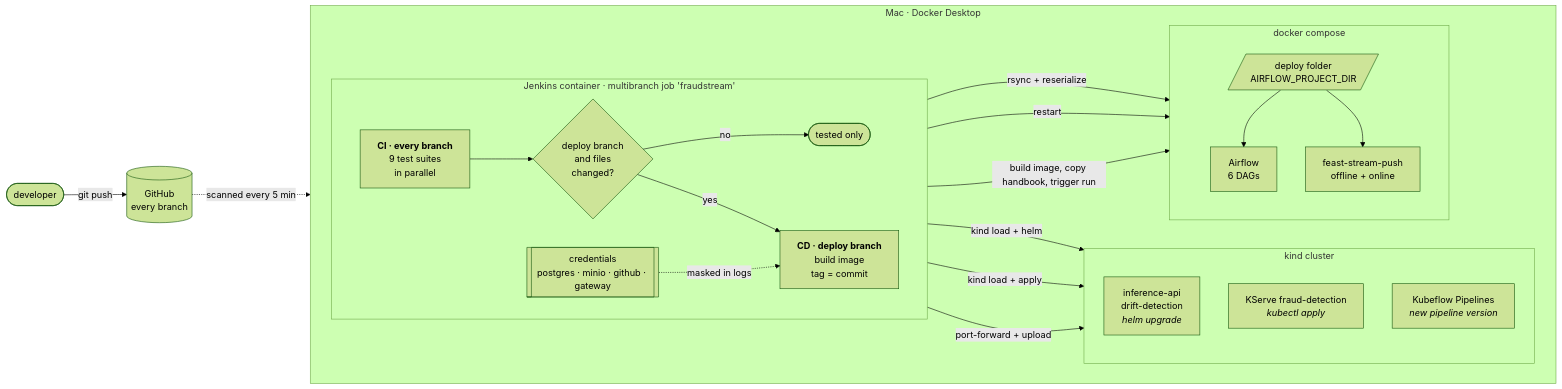
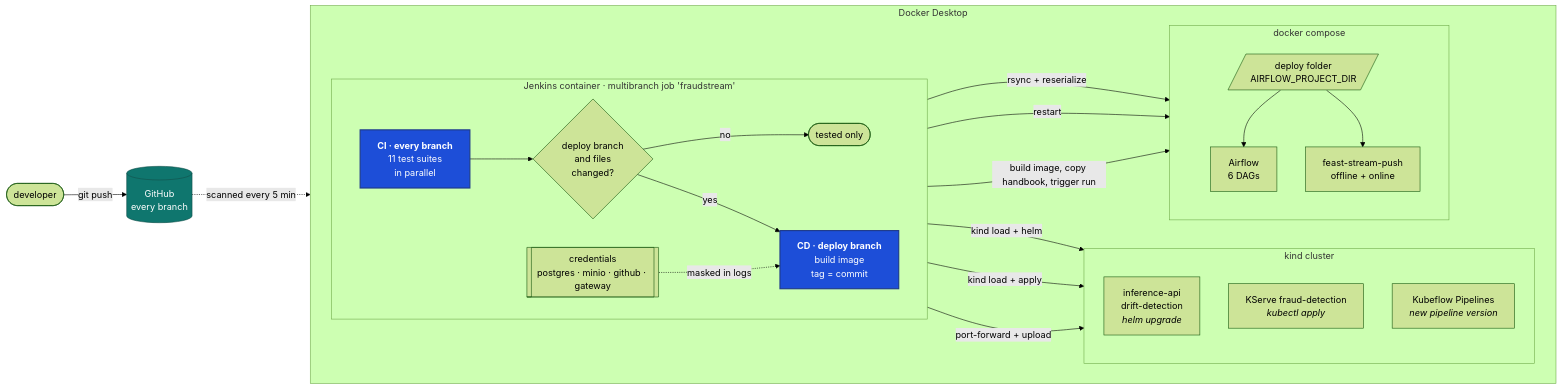
Before and after one commit to hiendat04/fraudstream: the first of 2 diagrams in docs/ml/23_ci_cd.md, drawn with Mermaid (forest theme). The commit also changed other lines of this file and 37 other files, not shown here.

````diff
--- a/docs/ml/23_ci_cd.md
+++ b/docs/ml/23_ci_cd.md
@@ -9,45 +10,50 @@
 ```mermaid
 flowchart LR
     DEV(["developer"]) -- "git push" --> GH[("GitHub<br/>every branch")]
     GH -. "scanned every 5 min" .-> CI
 
-    subgraph HOST["Mac · Docker Desktop"]
+    subgraph HOST["Docker Desktop"]
         direction LR
 
         subgraph JENKINS["Jenkins container · multibranch job 'fraudstream'"]
             direction LR
-            CI["<b>CI · every branch</b><br/>9 test suites<br/>in parallel"]
+            CI["<b>CI · every branch</b><br/>11 test suites<br/>in parallel"]
             GATE{"deploy branch<br/>and files<br/>changed?"}
             STOP(["tested only"])
             CD["<b>CD · deploy branch</b><br/>build image<br/>tag = commit"]
             CRED[["credentials<br/>postgres · minio · github · gateway"]]
             CI --> GATE
             GATE -- no --> STOP
             GATE -- yes --> CD
             CRED -. "masked in logs" .-> CD
         end
 
         subgraph KIND["kind cluster"]
             direction TB
             APIS["inference-api<br/>drift-detection<br/><i>helm upgrade</i>"]
             MODEL["KServe fraud-detection<br/><i>kubectl apply</i>"]
             KFP["Kubeflow Pipelines<br/><i>new pipeline version</i>"]
         end
 
         subgraph COMPOSE["docker compose"]
             direction TB
             TREE[/"deploy folder<br/>AIRFLOW_PROJECT_DIR"/]
             AF["Airflow<br/>6 DAGs"]
             SP["feast-stream-push<br/>offline + online"]
             TREE --> AF
             TREE --> SP
         end
     end
 
     CD -- "kind load + helm" --> APIS
     CD -- "kind load + apply" --> MODEL
     CD -- "port-forward + upload" --> KFP
     CD -- "rsync + reserialize" --> TREE
     CD -- "restart" --> SP
     CD -- "build image, copy handbook, trigger run" --> AF
+
+    classDef key fill:#1d4ed8,stroke:#1e3a8a,stroke-width:2px,color:#ffffff
+    classDef store fill:#0f766e,stroke:#134e4a,color:#ffffff
+    class CI,CD key
+    class GH store
 ```
````
